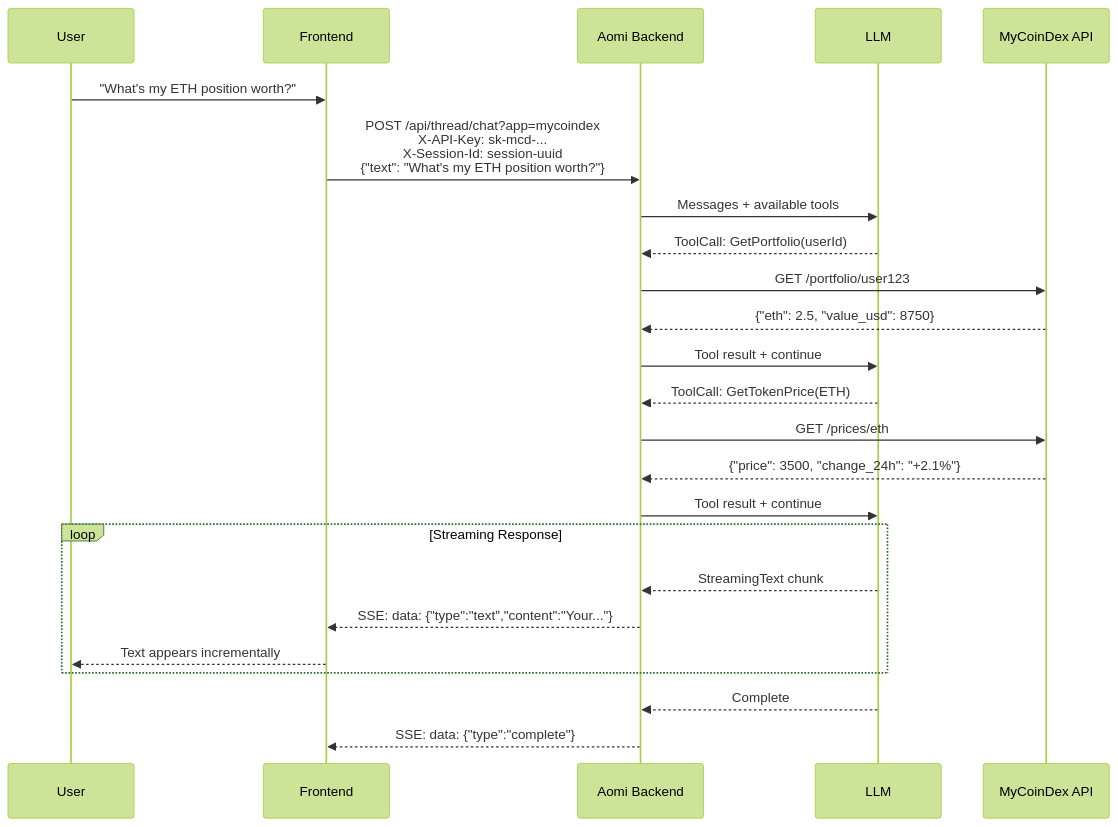
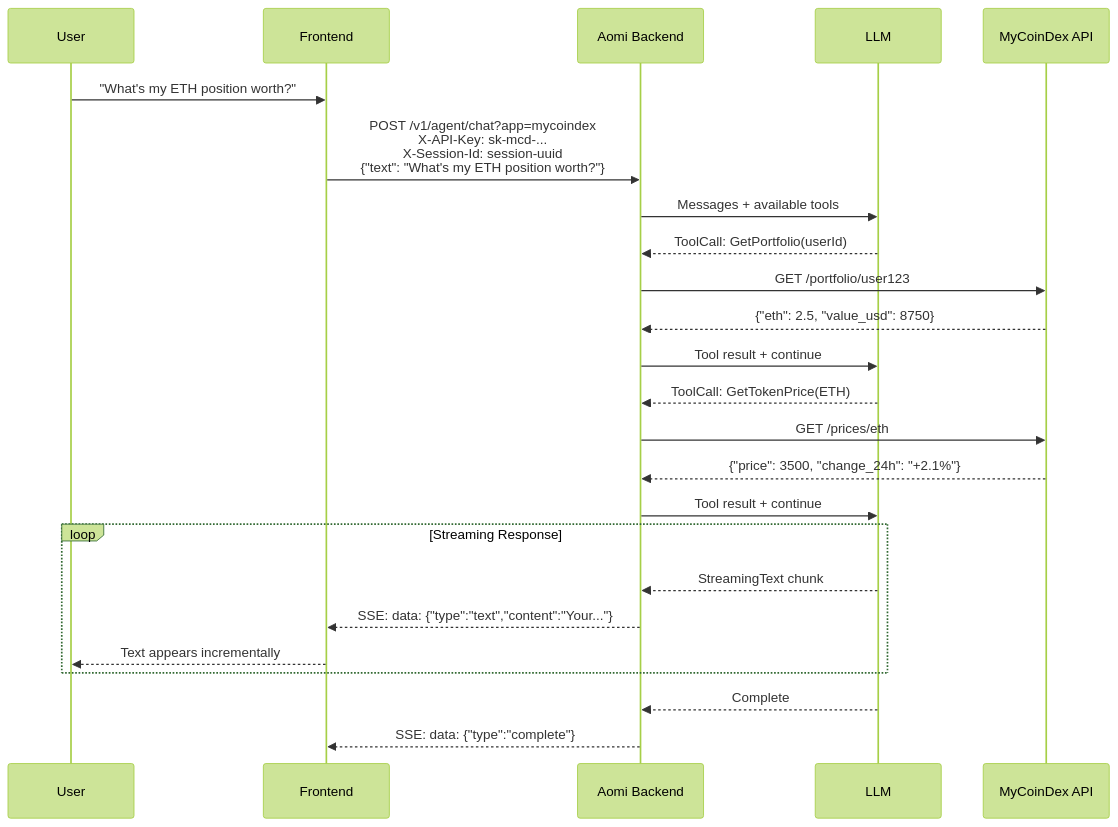
One commit to aomi-labs/aomi-widget changed the second of 2 diagrams in apps/landing/content/guides/build/how-it-works.mdx. Above: the diagram before and after it, drawn with Mermaid (forest theme). The commit also changed other lines of this file and 246 other files, not shown here.

````diff
--- a/apps/landing/content/guides/build/how-it-works.mdx
+++ b/apps/landing/content/guides/build/how-it-works.mdx
@@ -135,34 +135,34 @@
 ```mermaid
 sequenceDiagram
     participant User
     participant Frontend
     participant Aomi as Aomi Backend
     participant LLM
     participant Tool as MyCoinDex API
 
     User->>Frontend: "What's my ETH position worth?"
-    Frontend->>Aomi: POST /api/thread/chat?app=mycoindex<br/>X-API-Key: sk-mcd-...<br/>X-Session-Id: session-uuid<br/>{"text": "What's my ETH position worth?"}
+    Frontend->>Aomi: POST /v1/agent/chat?app=mycoindex<br/>X-API-Key: sk-mcd-...<br/>X-Session-Id: session-uuid<br/>{"text": "What's my ETH position worth?"}
 
     Aomi->>LLM: Messages + available tools
     LLM-->>Aomi: ToolCall: GetPortfolio(userId)
 
     Aomi->>Tool: GET /portfolio/user123
     Tool-->>Aomi: {"eth": 2.5, "value_usd": 8750}
 
     Aomi->>LLM: Tool result + continue
     LLM-->>Aomi: ToolCall: GetTokenPrice(ETH)
 
     Aomi->>Tool: GET /prices/eth
     Tool-->>Aomi: {"price": 3500, "change_24h": "+2.1%"}
 
     Aomi->>LLM: Tool result + continue
 
     loop Streaming Response
         LLM-->>Aomi: StreamingText chunk
         Aomi-->>Frontend: SSE: data: {"type":"text","content":"Your..."}
         Frontend-->>User: Text appears incrementally
     end
 
     LLM-->>Aomi: Complete
     Aomi-->>Frontend: SSE: data: {"type":"complete"}
 ```
````
